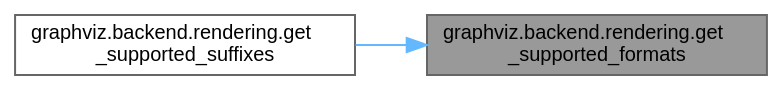
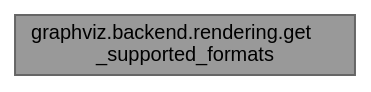
Before and after one commit to Jacksadventure/EarlyRepairer: the diagram in original_files/dot_data/0207_namespacegraphviz_1_1backend_1_1rendering_a3d0c69cdd06da0080c6b0f0f72d9973c_icgraph.dot, drawn with Graphviz. The commit also changed 10185 other files, not shown here.

```diff
--- a/original_files/dot_data/0207_namespacegraphviz_1_1backend_1_1rendering_a3d0c69cdd06da0080c6b0f0f72d9973c_icgraph.dot
+++ b/original_files/dot_data/0207_namespacegraphviz_1_1backend_1_1rendering_a3d0c69cdd06da0080c6b0f0f72d9973c_icgraph.dot
@@ -1,11 +1,9 @@
 digraph "graphviz.backend.rendering.get_supported_formats"
 {
- // LATEX_PDF_SIZE
+ 
   bgcolor="transparent";
   edge [fontname=Helvetica,fontsize=10,labelfontname=Helvetica,labelfontsize=10];
   node [fontname=Helvetica,fontsize=10,shape=box,height=0.2,width=0.4];
   rankdir="RL";
   Node1 [id="Node000001",label="graphviz.backend.rendering.get\l_supported_formats",height=0.2,width=0.4,color="gray40", fillcolor="grey60", style="filled", fontcolor="black",tooltip=" "];
-  Node1 -> Node2 [id="edge1_Node000001_Node000002",dir="back",color="steelblue1",style="solid",tooltip=" "];
-  Node2 [id="Node000002",label="graphviz.backend.rendering.get\l_supported_suffixes",height=0.2,width=0.4,color="grey40", fillcolor="white", style="filled",URL="$namespacegraphviz_1_1backend_1_1rendering.html#aef7b6b52641bf35c3f4abb75ae517bd8",tooltip=" "];
 }
```
